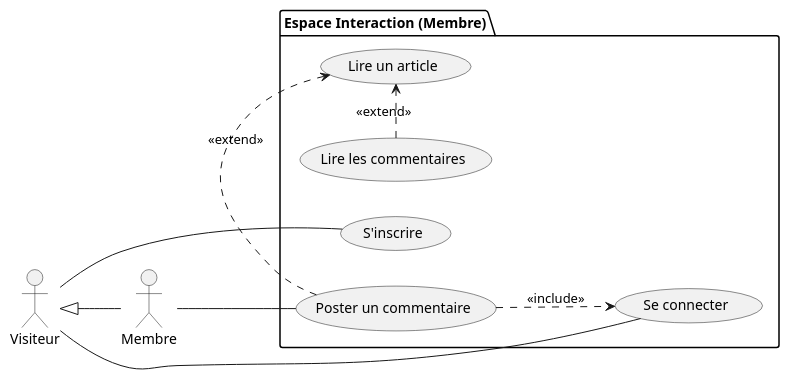
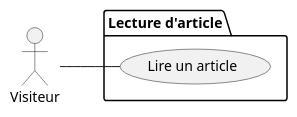
Before and after one commit to abdelhaymallouli/blog-solicode-GG: the diagram in mohamed.ouallou/Functionnel-UC/UseCaseDiagram.puml, drawn with PlantUML. The commit also changed 1 other file, not shown here.

Commit message:
fix the use case diagram

```diff
--- a/mohamed.ouallou/Functionnel-UC/UseCaseDiagram.puml
+++ b/mohamed.ouallou/Functionnel-UC/UseCaseDiagram.puml
@@ -1,28 +1,12 @@
 @startuml
 left to right direction
+
 actor "Visiteur" as Guest
-actor "Membre" as Member
 
-Guest <|-- Member
-
-package "Espace Interaction (Membre)" {
-  usecase "Se connecter" as UC_Login
-  usecase "S'inscrire" as UC_Register
-  usecase "Lire les commentaires" as UC_ReadComments
-  usecase "Poster un commentaire" as UC_PostComment
+package "Lecture d'article" {
   usecase "Lire un article" as UC_Read
 }
 
-' Relations Visiteur
-Guest -- UC_Login
-Guest -- UC_Register
-
-' Relations Membre
-Member -- UC_PostComment
-
-' Extensions et Inclusions
-UC_ReadComments .> UC_Read : <<extend>>
-UC_PostComment .> UC_Read : <<extend>>
-UC_PostComment ..> UC_Login : <<include>>
+Guest -- UC_Read
 
 @enduml
```
